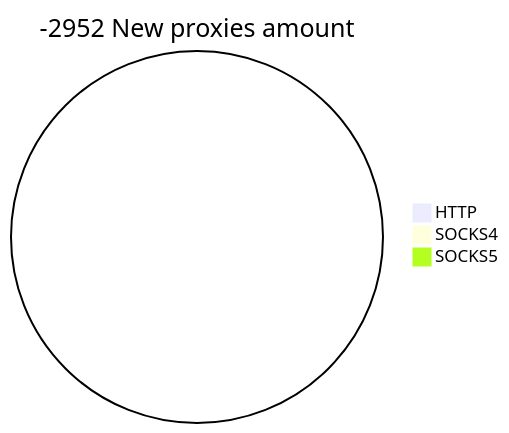
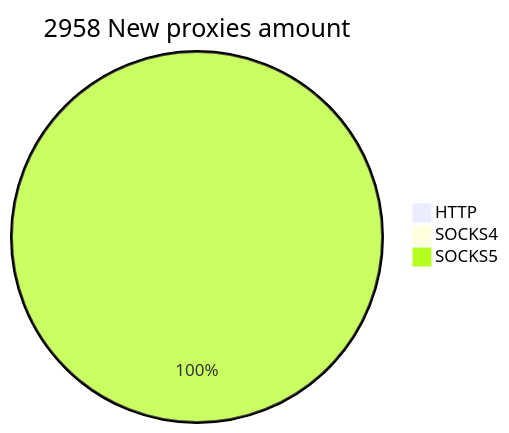
The second of 2 diagrams in README.md (cutipu/proxylist), drawn with Mermaid before and after one commit. The commit also changed other lines of this file, not shown here.

````diff
--- a/README.md
+++ b/README.md
@@ -10,6 +10,6 @@
 ```mermaid
-pie title -2952 New proxies amount
+pie title 2958 New proxies amount
     "HTTP" : 0
     "SOCKS4" : 0
-    "SOCKS5" : 0
+    "SOCKS5" : 2958
 ```
````
